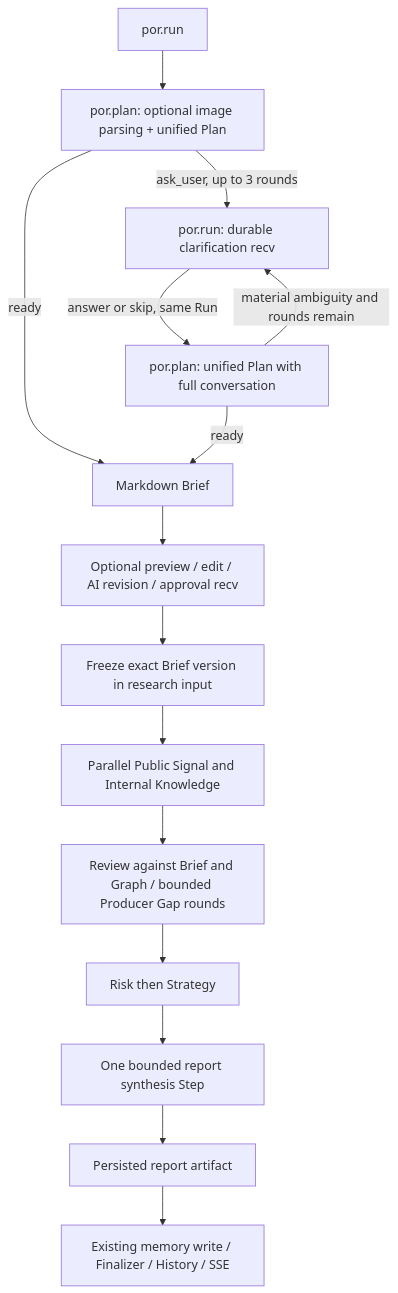
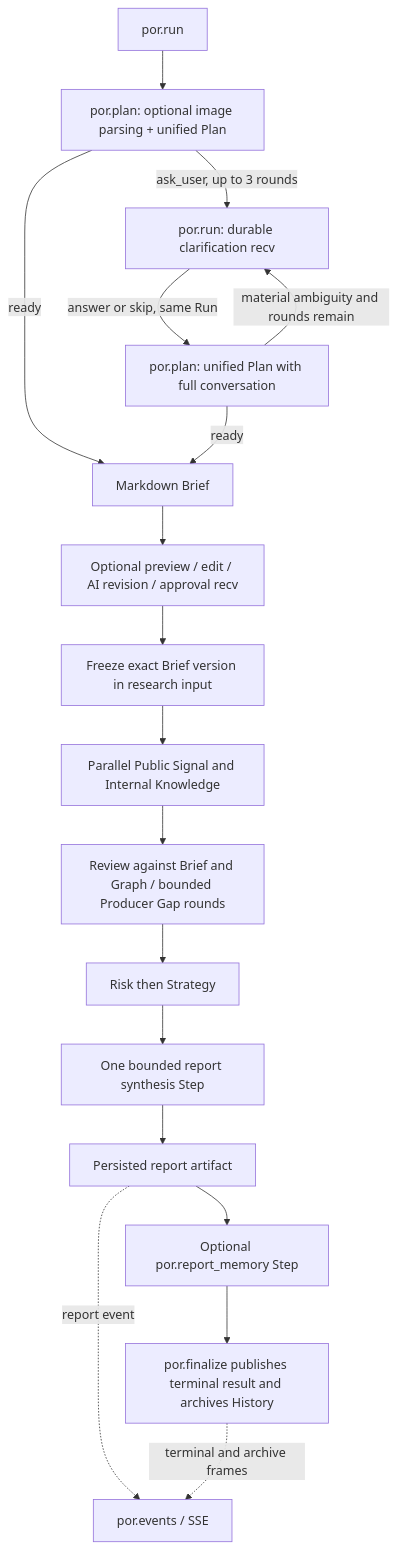
One commit to kkaaakk/public_opinion_research changed the second of 2 diagrams in docs/architecture/research-brief.md. Above: the diagram before and after it, drawn with Mermaid. The commit also changed other lines of this file and 35 other files, not shown here.

Commit message:
chore(dbos): close out execution architecture

````diff
--- a/docs/architecture/research-brief.md
+++ b/docs/architecture/research-brief.md
@@ -26,17 +28,20 @@
 ```mermaid
 flowchart TD
   A[por.run] --> B[por.plan: optional image parsing + unified Plan]
   B -->|ask_user, up to 3 rounds| C[por.run: durable clarification recv]
   C -->|answer or skip, same Run| D[por.plan: unified Plan with full conversation]
   D -->|material ambiguity and rounds remain| C
   B -->|ready| E[Markdown Brief]
   D -->|ready| E
   E --> F[Optional preview / edit / AI revision / approval recv]
   F --> G[Freeze exact Brief version in research input]
   G --> H[Parallel Public Signal and Internal Knowledge]
   H --> I[Review against Brief and Graph / bounded Producer Gap rounds]
   I --> J[Risk then Strategy]
   J --> K[One bounded report synthesis Step]
   K --> L[Persisted report artifact]
-  L --> M[Existing memory write / Finalizer / History / SSE]
+  L --> P[Optional por.report_memory Step]
+  P --> M[por.finalize publishes terminal result and archives History]
+  L -. "report event" .-> S[por.events / SSE]
+  M -. "terminal and archive frames" .-> S
 ```
````
